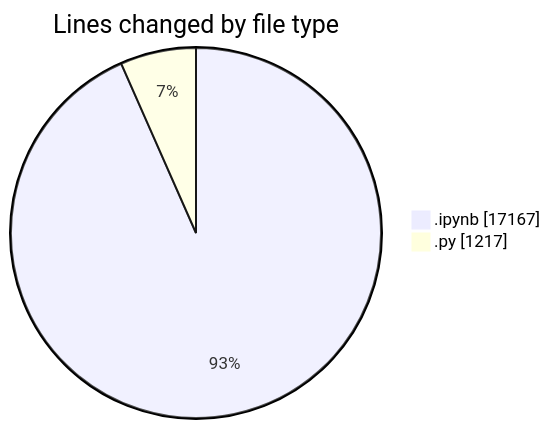
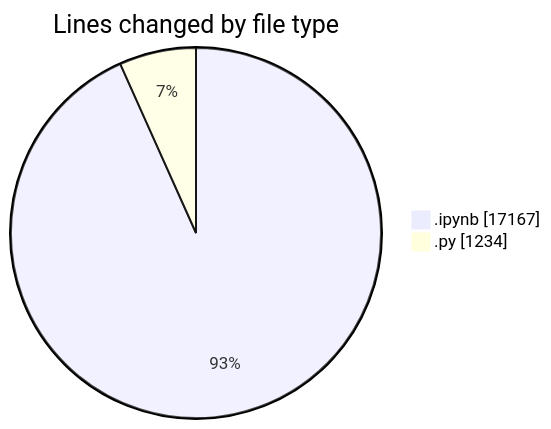
One commit to MatusMokan/code-tracking changed the first of 2 diagrams in 2025-05-07/myws__workspace_/README.md. Above: the diagram before and after it, drawn with Mermaid. The commit also changed other lines of this file and 1 other file, not shown here.

````diff
--- a/2025-05-07/myws__workspace_/README.md
+++ b/2025-05-07/myws__workspace_/README.md
@@ -21,6 +21,6 @@
 ```mermaid
 pie showData
 title Lines changed by file type
 ".ipynb" : 17167
-".py" : 1217
+".py" : 1234
 ```
````
